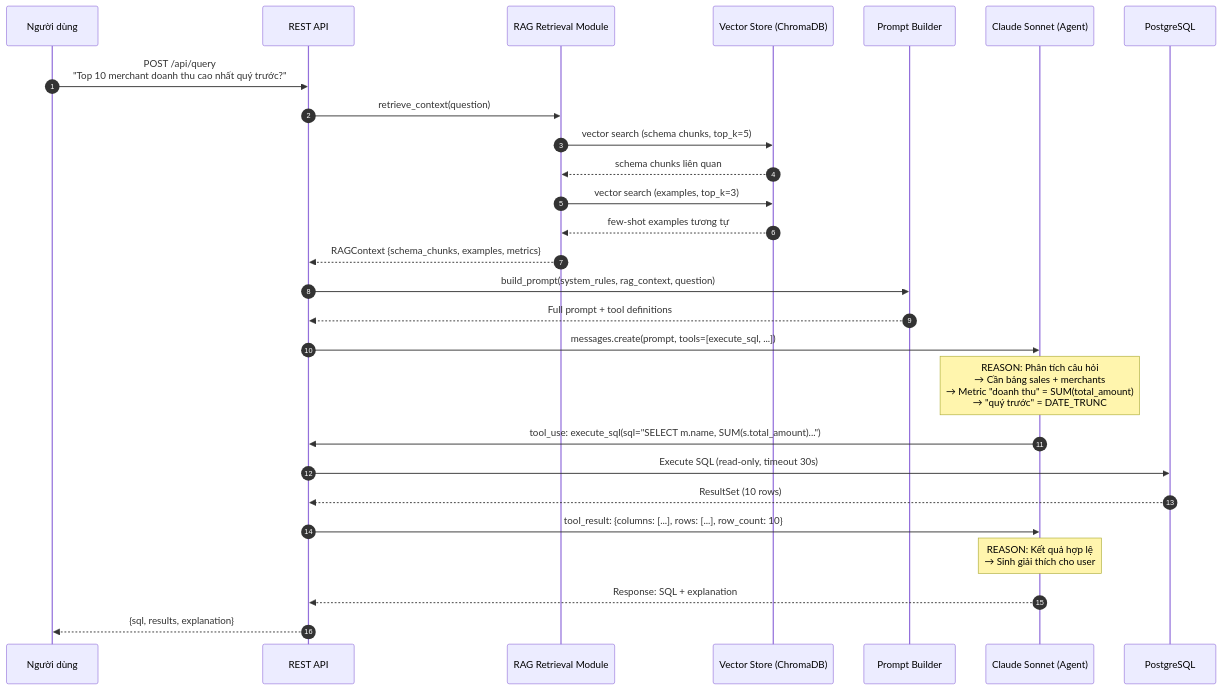
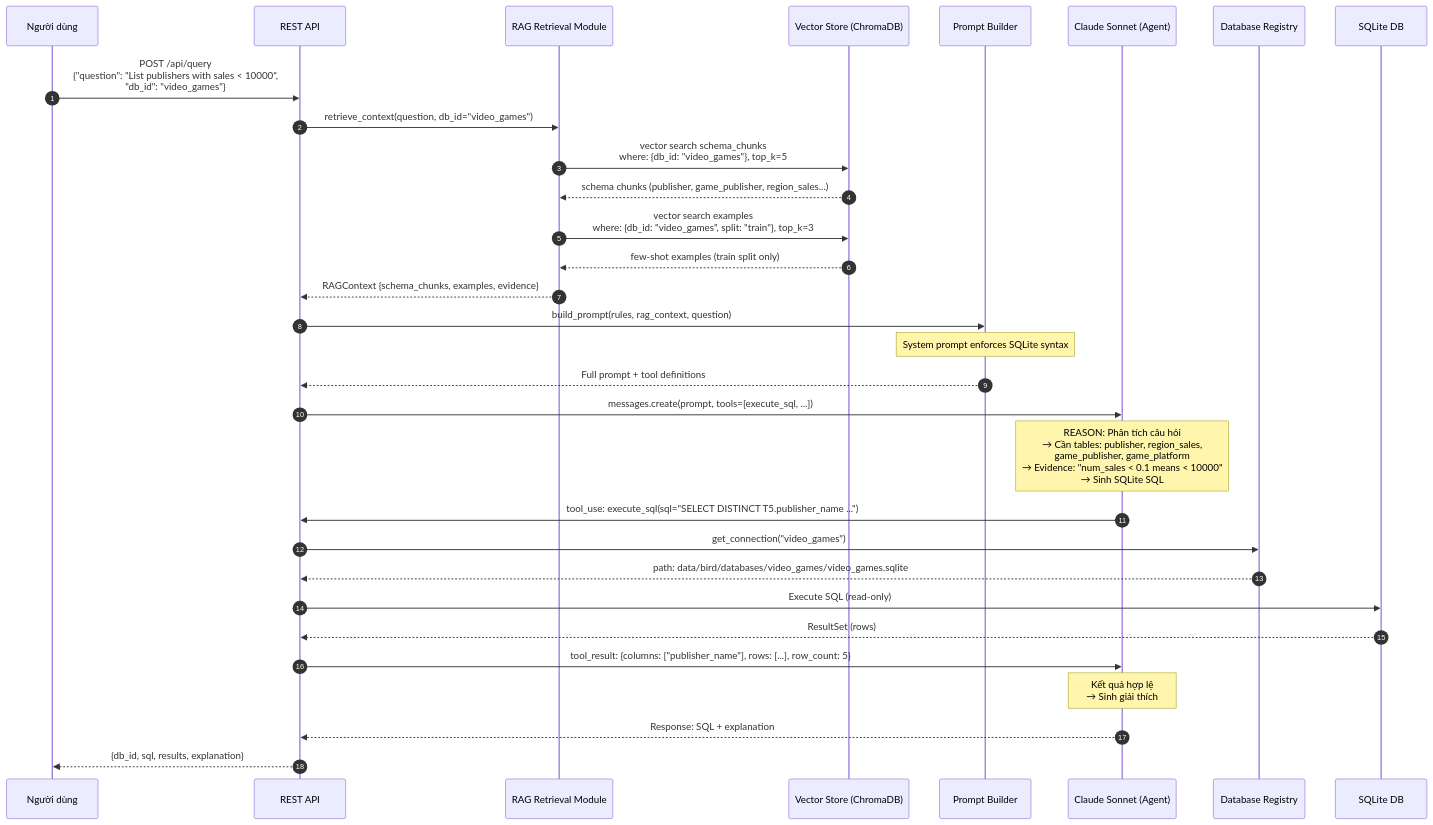
The first of 6 diagrams in docs/03_Technical_Assessment/pattern_2_rag_single_agent/04_sequence_diagrams.md (Learnheart/Text2SQL), drawn with Mermaid before and after one commit. The commit also changed other lines of this file and 3 other files, not shown here.

First line of the commit message:
rewrite architecture docs — BIRD multi-database + SQLite evaluation

````diff
--- a/docs/03_Technical_Assessment/pattern_2_rag_single_agent/04_sequence_diagrams.md
+++ b/docs/03_Technical_Assessment/pattern_2_rag_single_agent/04_sequence_diagrams.md
@@ -7,37 +7,41 @@
 ```mermaid
 sequenceDiagram
     autonumber
     participant User as Người dùng
     participant API as REST API
     participant RAG as RAG Retrieval Module
     participant VS as Vector Store (ChromaDB)
     participant PB as Prompt Builder
     participant Claude as Claude Sonnet (Agent)
-    participant PG as PostgreSQL
+    participant DR as Database Registry
+    participant SQLite as SQLite DB
 
-    User->>API: POST /api/query<br/>"Top 10 merchant doanh thu cao nhất quý trước?"
+    User->>API: POST /api/query<br/>{"question": "List publishers with sales < 10000",<br/> "db_id": "video_games"}
 
-    API->>RAG: retrieve_context(question)
-    RAG->>VS: vector search (schema chunks, top_k=5)
-    VS-->>RAG: schema chunks liên quan
-    RAG->>VS: vector search (examples, top_k=3)
-    VS-->>RAG: few-shot examples tương tự
-    RAG-->>API: RAGContext {schema_chunks, examples, metrics}
+    API->>RAG: retrieve_context(question, db_id="video_games")
+    RAG->>VS: vector search schema_chunks<br/>where: {db_id: "video_games"}, top_k=5
+    VS-->>RAG: schema chunks (publisher, game_publisher, region_sales...)
+    RAG->>VS: vector search examples<br/>where: {db_id: "video_games", split: "train"}, top_k=3
+    VS-->>RAG: few-shot examples (train split only)
+    RAG-->>API: RAGContext {schema_chunks, examples, evidence}
 
-    API->>PB: build_prompt(system_rules, rag_context, question)
+    API->>PB: build_prompt(rules, rag_context, question)
+    Note over PB: System prompt enforces SQLite syntax
     PB-->>API: Full prompt + tool definitions
 
     API->>Claude: messages.create(prompt, tools=[execute_sql, ...])
 
-    Note over Claude: REASON: Phân tích câu hỏi<br/>→ Cần bảng sales + merchants<br/>→ Metric "doanh thu" = SUM(total_amount)<br/>→ "quý trước" = DATE_TRUNC
+    Note over Claude: REASON: Phân tích câu hỏi<br/>→ Cần tables: publisher, region_sales,<br/>  game_publisher, game_platform<br/>→ Evidence: "num_sales < 0.1 means < 10000"<br/>→ Sinh SQLite SQL
 
-    Claude->>API: tool_use: execute_sql(sql="SELECT m.name, SUM(s.total_amount)...")
-    API->>PG: Execute SQL (read-only, timeout 30s)
-    PG-->>API: ResultSet (10 rows)
-    API->>Claude: tool_result: {columns: [...], rows: [...], row_count: 10}
+    Claude->>API: tool_use: execute_sql(sql="SELECT DISTINCT T5.publisher_name ...")
+    API->>DR: get_connection("video_games")
+    DR-->>API: path: data/bird/databases/video_games/video_games.sqlite
+    API->>SQLite: Execute SQL (read-only)
+    SQLite-->>API: ResultSet (rows)
+    API->>Claude: tool_result: {columns: ["publisher_name"], rows: [...], row_count: 5}
 
-    Note over Claude: REASON: Kết quả hợp lệ<br/>→ Sinh giải thích cho user
+    Note over Claude: Kết quả hợp lệ<br/>→ Sinh giải thích
 
     Claude-->>API: Response: SQL + explanation
-    API-->>User: {sql, results, explanation}
+    API-->>User: {db_id, sql, results, explanation}
 ```
````
